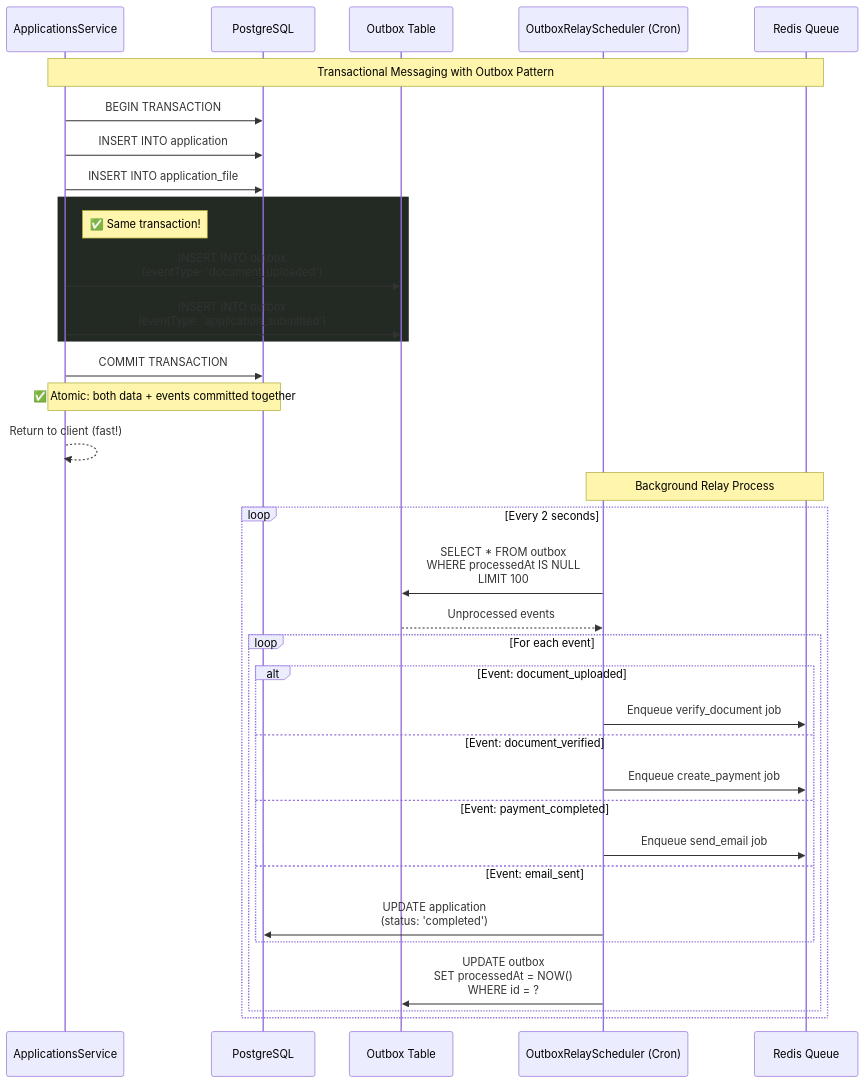
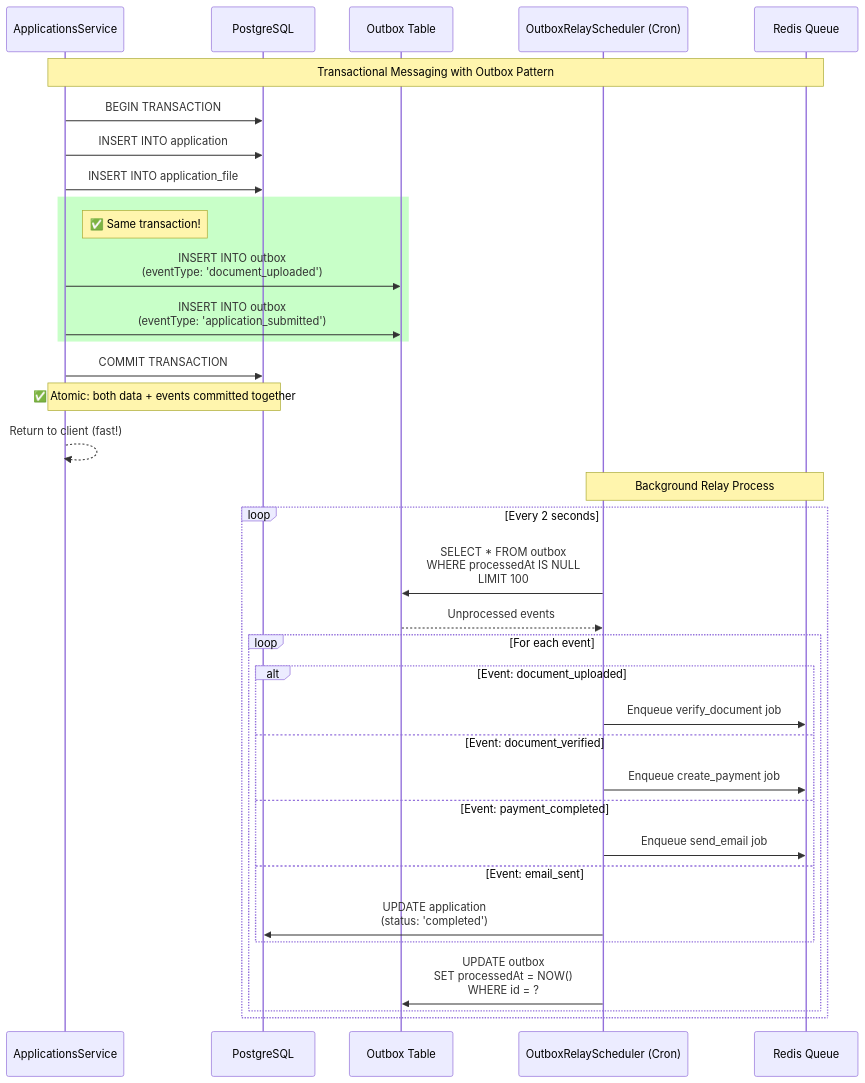
Before and after one commit to huytu0702/university_admission_portal: the third of 9 diagrams in backend/docs/SYSTEM_FLOW_AFTER_PATTERNS.md, drawn with Mermaid. The commit also changed other lines of this file and 1 other file, not shown here.

````diff
--- a/backend/docs/SYSTEM_FLOW_AFTER_PATTERNS.md
+++ b/backend/docs/SYSTEM_FLOW_AFTER_PATTERNS.md
@@ -267,46 +267,46 @@
 ```mermaid
 sequenceDiagram
     participant Service as ApplicationsService
     participant DB as PostgreSQL
     participant OutboxTable as Outbox Table
     participant Scheduler as OutboxRelayScheduler (Cron)
     participant Queue as Redis Queue
     
     Note over Service,Queue: Transactional Messaging with Outbox Pattern
     
     Service->>DB: BEGIN TRANSACTION
     Service->>DB: INSERT INTO application
     Service->>DB: INSERT INTO application_file
     
-    rect rgb(35, 42, 35)
+    rect rgb(200, 255, 200)
     Note right of Service: ✅ Same transaction!
     Service->>OutboxTable: INSERT INTO outbox<br/>(eventType: 'document_uploaded')
     Service->>OutboxTable: INSERT INTO outbox<br/>(eventType: 'application_submitted')
     end
     
     Service->>DB: COMMIT TRANSACTION
     Note over Service,DB: ✅ Atomic: both data + events committed together
     
     Service-->>Service: Return to client (fast!)
     
     Note over Scheduler,Queue: Background Relay Process
     
     loop Every 2 seconds
         Scheduler->>OutboxTable: SELECT * FROM outbox<br/>WHERE processedAt IS NULL<br/>LIMIT 100
         OutboxTable-->>Scheduler: Unprocessed events
         
         loop For each event
             alt Event: document_uploaded
                 Scheduler->>Queue: Enqueue verify_document job
             else Event: document_verified
                 Scheduler->>Queue: Enqueue create_payment job
             else Event: payment_completed
                 Scheduler->>Queue: Enqueue send_email job
             else Event: email_sent
                 Scheduler->>DB: UPDATE application<br/>(status: 'completed')
             end
             
             Scheduler->>OutboxTable: UPDATE outbox<br/>SET processedAt = NOW()<br/>WHERE id = ?
         end
     end
 ```
````
